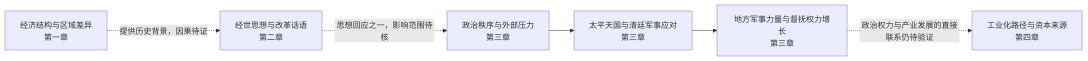
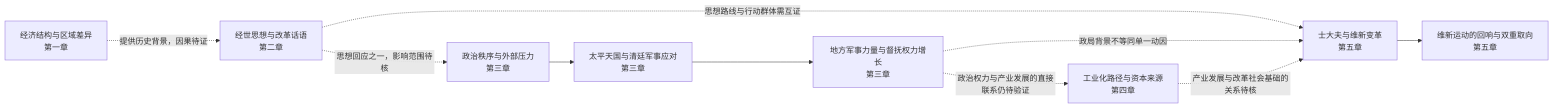
Before and after one commit to shuaif266-netizen/Rhizome-Arts-Sociology: the diagram in humanities-kb/06_跨学科知识链/清末政治危机—地方势力增长—国家权力重组.md, drawn with Mermaid. The commit also changed other lines of this file and 16 other files, not shown here.

````diff
--- a/humanities-kb/06_跨学科知识链/清末政治危机—地方势力增长—国家权力重组.md
+++ b/humanities-kb/06_跨学科知识链/清末政治危机—地方势力增长—国家权力重组.md
@@ -17,8 +18,12 @@
 ```mermaid
 flowchart LR
   E[经济结构与区域差异<br/>第一章] -. 提供历史背景，因果待证 .-> I[经世思想与改革话语<br/>第二章]
   I -. 思想回应之一，影响范围待核 .-> P[政治秩序与外部压力<br/>第三章]
   P --> R[太平天国与清廷军事应对<br/>第三章]
   R --> L[地方军事力量与督抚权力增长<br/>第三章]
   L -. 政治权力与产业发展的直接联系仍待验证 .-> S[工业化路径与资本来源<br/>第四章]
+  I -. 思想路线与行动群体需互证 .-> N[士大夫与维新变革<br/>第五章]
+  L -. 政局背景不等同单一动因 .-> N
+  S -. 产业发展与改革社会基础的关系待核 .-> N
+  N --> T[维新运动的回响与双重取向<br/>第五章]
 ```
````
